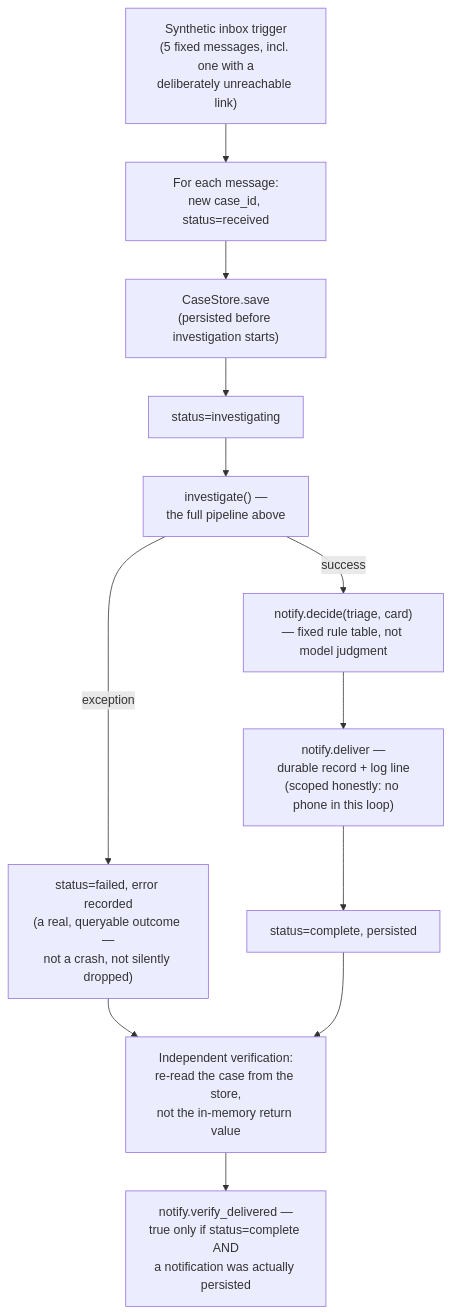
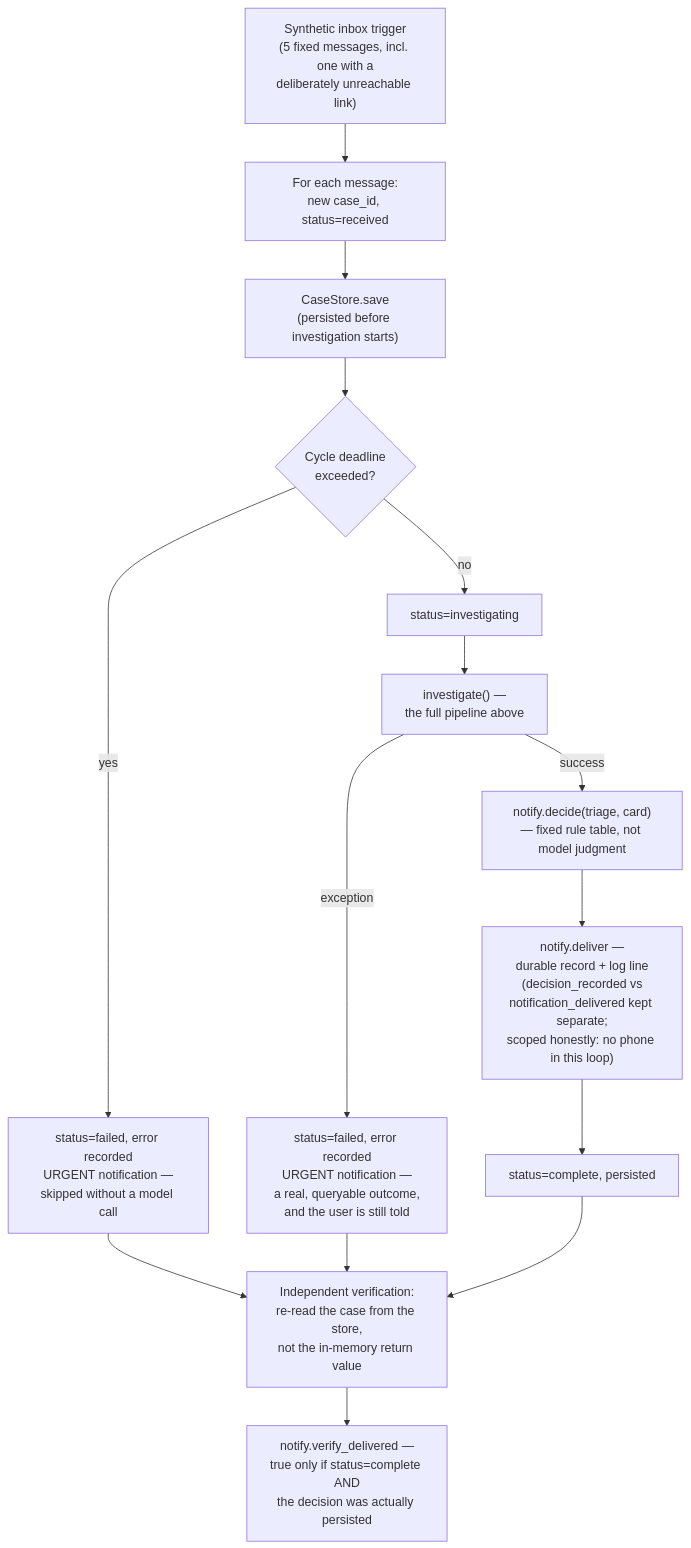
The second of 2 diagrams in ARCHITECTURE.md (DavidDruker/smishsentinel), drawn with Mermaid before and after one commit. The commit also changed other lines of this file and 22 other files, not shown here.

````diff
--- a/ARCHITECTURE.md
+++ b/ARCHITECTURE.md
@@ -65,14 +67,17 @@
 ```mermaid
 flowchart TD
     A["Synthetic inbox trigger<br/>(5 fixed messages, incl. one with a<br/>deliberately unreachable link)"] --> B["For each message:<br/>new case_id, status=received"]
     B --> C["CaseStore.save<br/>(persisted before investigation starts)"]
-    C --> D["status=investigating"]
+    C --> C2{"Cycle deadline<br/>exceeded?"}
+    C2 -->|yes| F2["status=failed, error recorded<br/>URGENT notification —<br/>skipped without a model call"]
+    C2 -->|no| D["status=investigating"]
     D --> E["investigate() —<br/>the full pipeline above"]
-    E -->|exception| F["status=failed, error recorded<br/>(a real, queryable outcome —<br/>not a crash, not silently dropped)"]
+    E -->|exception| F["status=failed, error recorded<br/>URGENT notification —<br/>a real, queryable outcome,<br/>and the user is still told"]
     E -->|success| G["notify.decide(triage, card)<br/>— fixed rule table, not model judgment"]
-    G --> H["notify.deliver —<br/>durable record + log line<br/>(scoped honestly: no phone in this loop)"]
+    G --> H["notify.deliver —<br/>durable record + log line<br/>(decision_recorded vs<br/>notification_delivered kept separate;<br/>scoped honestly: no phone in this loop)"]
     H --> I["status=complete, persisted"]
     F --> J["Independent verification:<br/>re-read the case from the store,<br/>not the in-memory return value"]
+    F2 --> J
     I --> J
-    J --> K["notify.verify_delivered —<br/>true only if status=complete AND<br/>a notification was actually persisted"]
+    J --> K["notify.verify_delivered —<br/>true only if status=complete AND<br/>the decision was actually persisted"]
 ```
````
